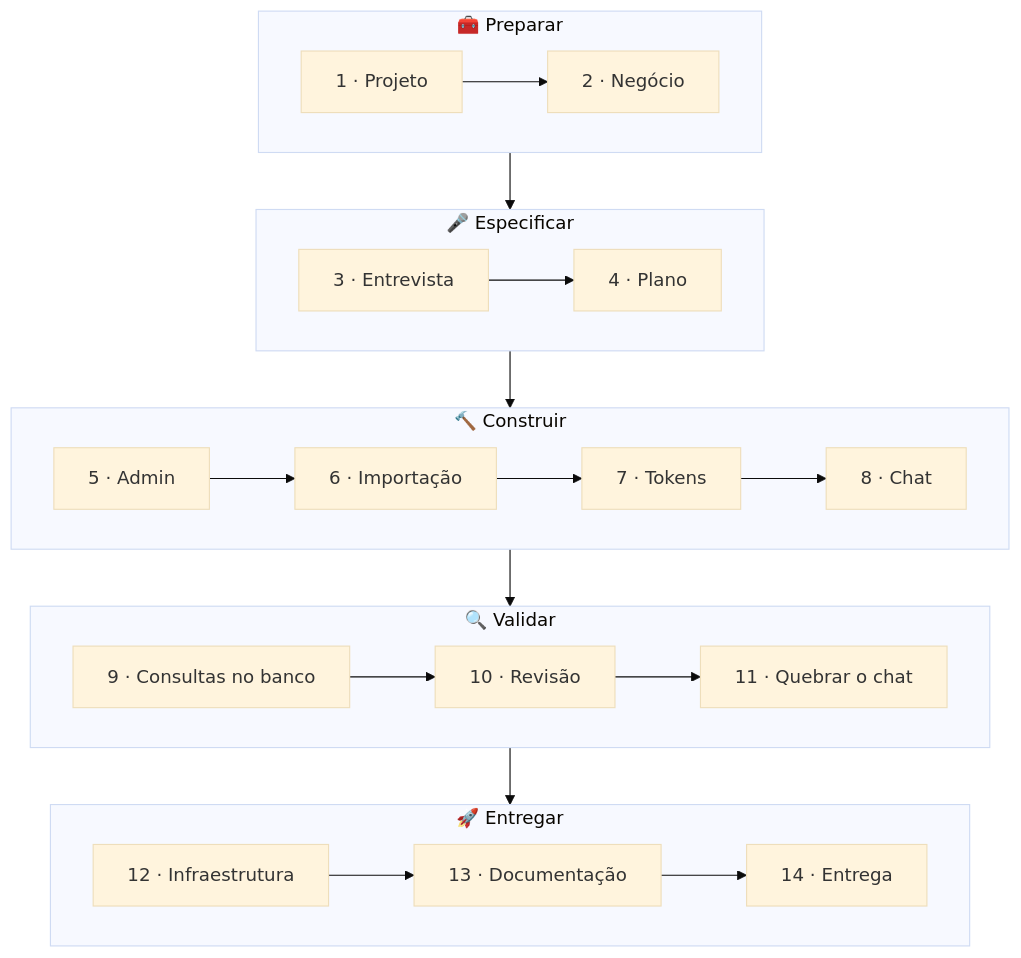
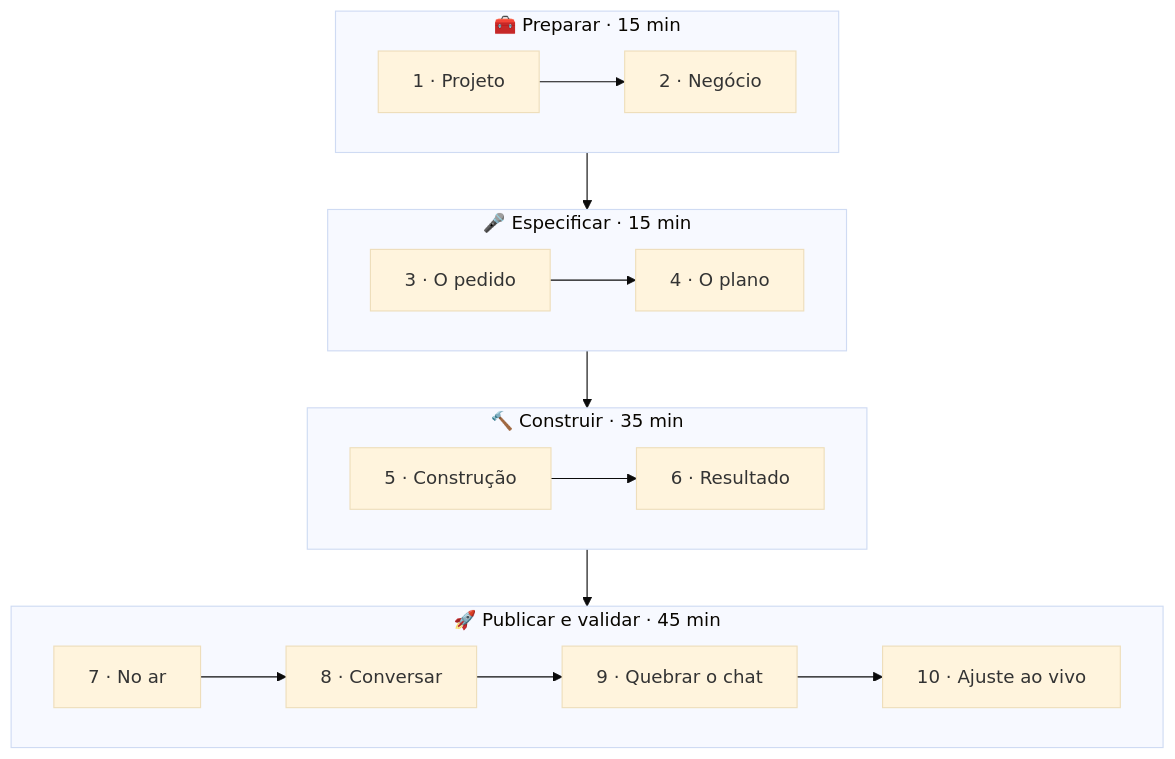
The second of 2 diagrams in WORKSHOP.md (Blueydata/ai-dev-foundation), drawn with Mermaid (base theme) before and after one commit. The commit also changed other lines of this file and 11 other files, not shown here.

````diff
--- a/WORKSHOP.md
+++ b/WORKSHOP.md
@@ -27,24 +27,20 @@
 ```mermaid
 flowchart TB
-    subgraph P["🧰 Preparar"]
+    subgraph P["🧰 Preparar · 15 min"]
         direction LR
         S1["1 · Projeto"] --> S2["2 · Negócio"]
     end
-    subgraph E["🎤 Especificar"]
+    subgraph E["🎤 Especificar · 15 min"]
         direction LR
-        S3["3 · Entrevista"] --> S4["4 · Plano"]
+        S3["3 · O pedido"] --> S4["4 · O plano"]
     end
-    subgraph C["🔨 Construir"]
+    subgraph C["🔨 Construir · 35 min"]
         direction LR
-        S5["5 · Admin"] --> S6["6 · Importação"] --> S7["7 · Tokens"] --> S8["8 · Chat"]
+        S5["5 · Construção"] --> S6["6 · Resultado"]
     end
-    subgraph V["🔍 Validar"]
+    subgraph D["🚀 Publicar e validar · 45 min"]
         direction LR
-        S9["9 · Consultas no banco"] --> S10["10 · Revisão"] --> S11["11 · Quebrar o chat"]
+        S7["7 · No ar"] --> S8["8 · Conversar"] --> S9["9 · Quebrar o chat"] --> S10["10 · Ajuste ao vivo"]
     end
-    subgraph D["🚀 Entregar"]
-        direction LR
-        S12["12 · Infraestrutura"] --> S13["13 · Documentação"] --> S14["14 · Entrega"]
-    end
-    P --> E --> C --> V --> D
+    P --> E --> C --> D
 ```
````
